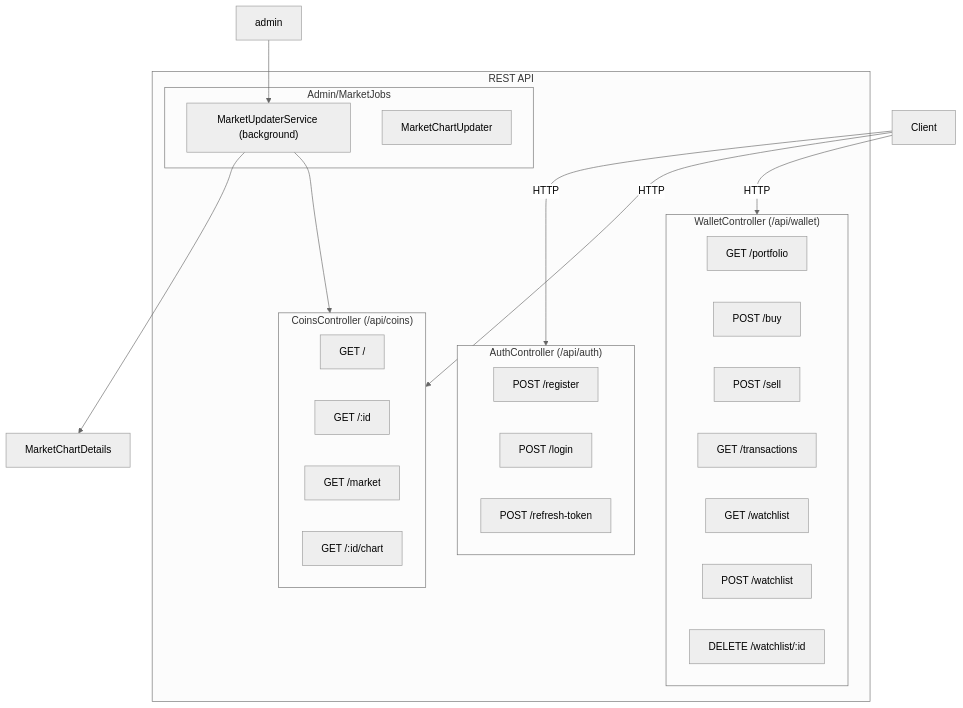
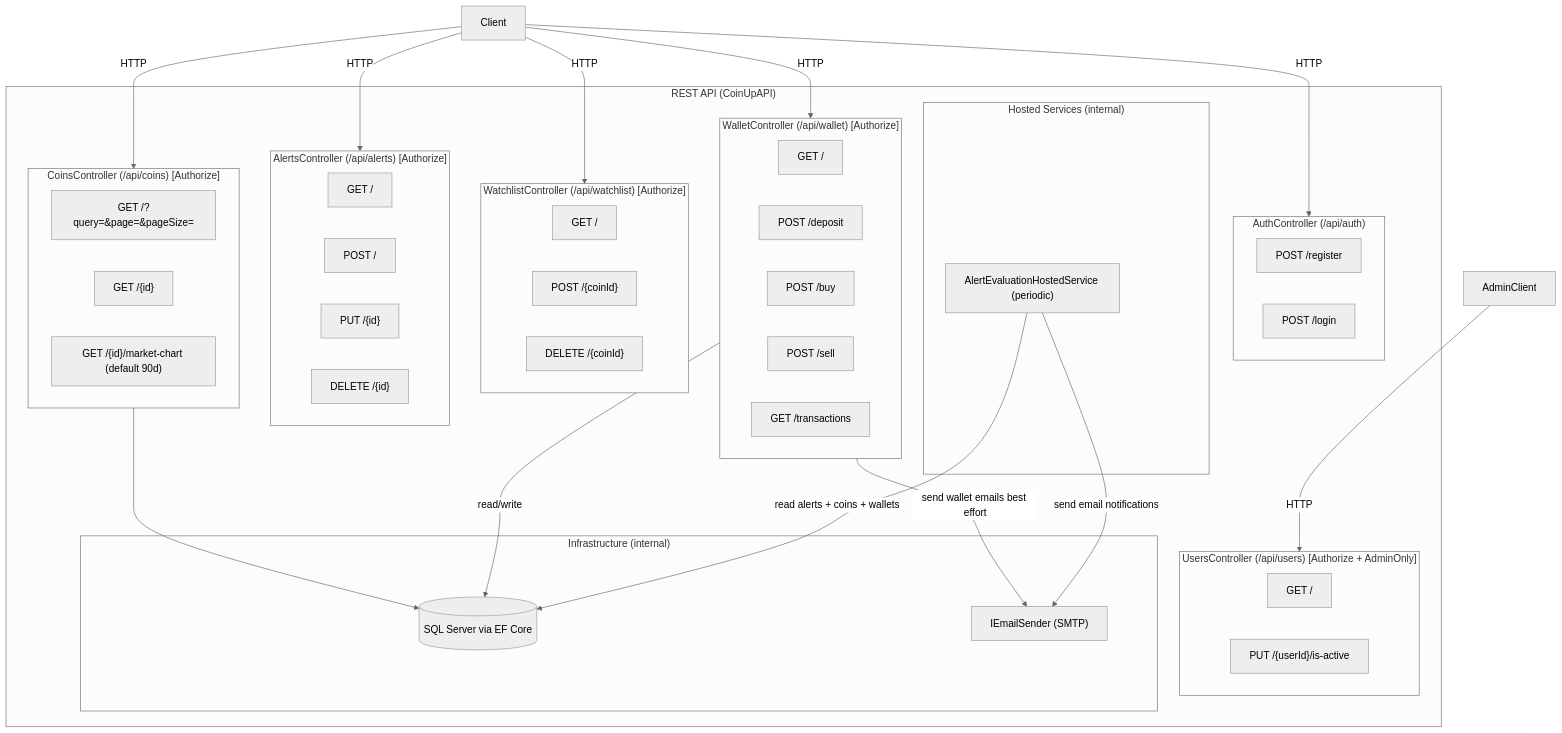
One commit to ihebKhodja/CoinUpBackend changed the diagram in docs/api/api-structrure.mmd. Above: the diagram before and after it, drawn with Mermaid (neutral theme). The commit also changed 9 other files, not shown here.

Commit message:
feat: Enhance API documentation with detailed sequence diagrams for alerts, wallet operations, and watchlist management

```diff
--- a/docs/api/api-structrure.mmd
+++ b/docs/api/api-structrure.mmd
@@ -1,37 +1,66 @@
 flowchart TB
-    subgraph API ["REST API"]
+    subgraph API ["REST API (CoinUpAPI)"]
         subgraph Auth["AuthController (/api/auth)"]
             A1["POST /register"]
             A2["POST /login"]
-            A3["POST /refresh-token"]
         end
 
-        subgraph Coins["CoinsController (/api/coins)"]
-            C1["GET /"] 
-            C2["GET /:id"]
-            C3["GET /market"] 
-            C4["GET /:id/chart"]
+        subgraph Coins["CoinsController (/api/coins) [Authorize]"]
+            C1["GET /?query=&page=&pageSize="]
+            C2["GET /{id}"]
+            C3["GET /{id}/market-chart (default 90d)"]
         end
 
-        subgraph Wallet["WalletController (/api/wallet)"]
-            W1["GET /portfolio"]
+        subgraph Wallet["WalletController (/api/wallet) [Authorize]"]
+            W0["GET /"]
+            W1["POST /deposit"]
             W2["POST /buy"]
             W3["POST /sell"]
             W4["GET /transactions"]
-            W5["GET /watchlist"]
-            W6["POST /watchlist"]
-            W7["DELETE /watchlist/:id"]
         end
 
-        subgraph Admin["Admin/MarketJobs"]
-            J1["MarketUpdaterService (background)"]
-            J2["MarketChartUpdater"]
+        subgraph Watchlist["WatchlistController (/api/watchlist) [Authorize]"]
+            WL1["GET /"]
+            WL2["POST /{coinId}"]
+            WL3["DELETE /{coinId}"]
+        end
+
+        subgraph Alerts["AlertsController (/api/alerts) [Authorize]"]
+            AL1["GET /"]
+            AL2["POST /"]
+            AL3["PUT /{id}"]
+            AL4["DELETE /{id}"]
+        end
+
+        subgraph Users["UsersController (/api/users) [Authorize + AdminOnly]"]
+            U1["GET /"]
+            U2["PUT /{userId}/is-active"]
+        end
+
+        subgraph Hosted["Hosted Services (internal)"]
+            H1["AlertEvaluationHostedService (periodic)"]
+        end
+
+        subgraph Infra["Infrastructure (internal)"]
+            DB[(SQL Server via EF Core)]
+            Email["IEmailSender (SMTP)"]
         end
     end
 
     Client-->|HTTP|Auth
     Client-->|HTTP|Coins
     Client-->|HTTP|Wallet
-    admin-->J1
-    J1-->Coins
-    J1-->MarketChartDetails
+    Client-->|HTTP|Watchlist
+    Client-->|HTTP|Alerts
+    AdminClient-->|HTTP|Users
+
+    %% Background evaluator reads DB state and sends emails; it does not call controllers.
+    H1-->|read alerts + coins + wallets|DB
+    H1-->|send email notifications|Email
+
+    %% Wallet operations read/write DB and may send best-effort emails.
+    Wallet-->|read/write|DB
+    Wallet-->|send wallet emails best effort|Email
+
+    %% Coins endpoints read from DB tables (CoinsMarket + MarketChartDetails).
+    Coins-->DB
```
